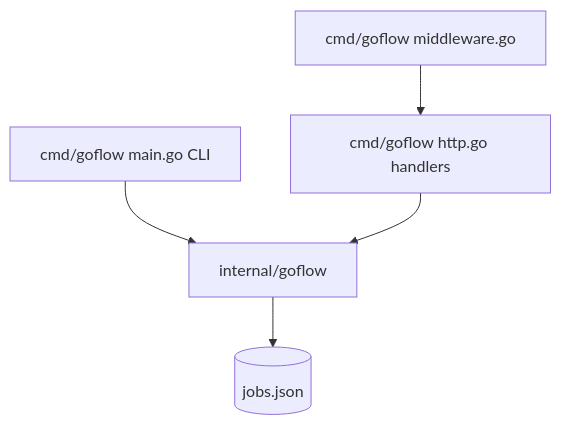
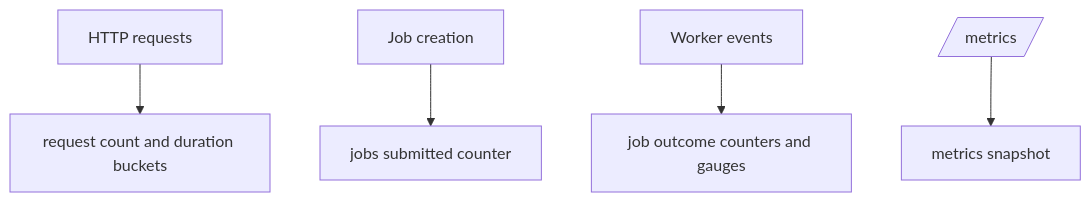
One commit to Kaushik-2005/GoFlow changed diagram 15 of 20 in docs/design.md. Above: the diagram before and after it, drawn with Mermaid. The commit also changed other lines of this file, not shown here.

````diff
--- a/docs/design.md
+++ b/docs/design.md
@@ -178,7 +418,7 @@
 ```mermaid
 flowchart TD
-    CLI[cmd/goflow main.go CLI] --> Core[internal/goflow]
-    HTTP[cmd/goflow http.go handlers] --> Core
-    Middleware[cmd/goflow middleware.go] --> HTTP
-    Core --> JSON[(jobs.json)]
+    HTTP[HTTP requests] --> HTTPMetrics[request count and duration buckets]
+    Create[Job creation] --> Submitted[jobs submitted counter]
+    Worker[Worker events] --> WorkerMetrics[job outcome counters and gauges]
+    MetricsEndpoint[/metrics/] --> Snapshot[metrics snapshot]
 ```
````
